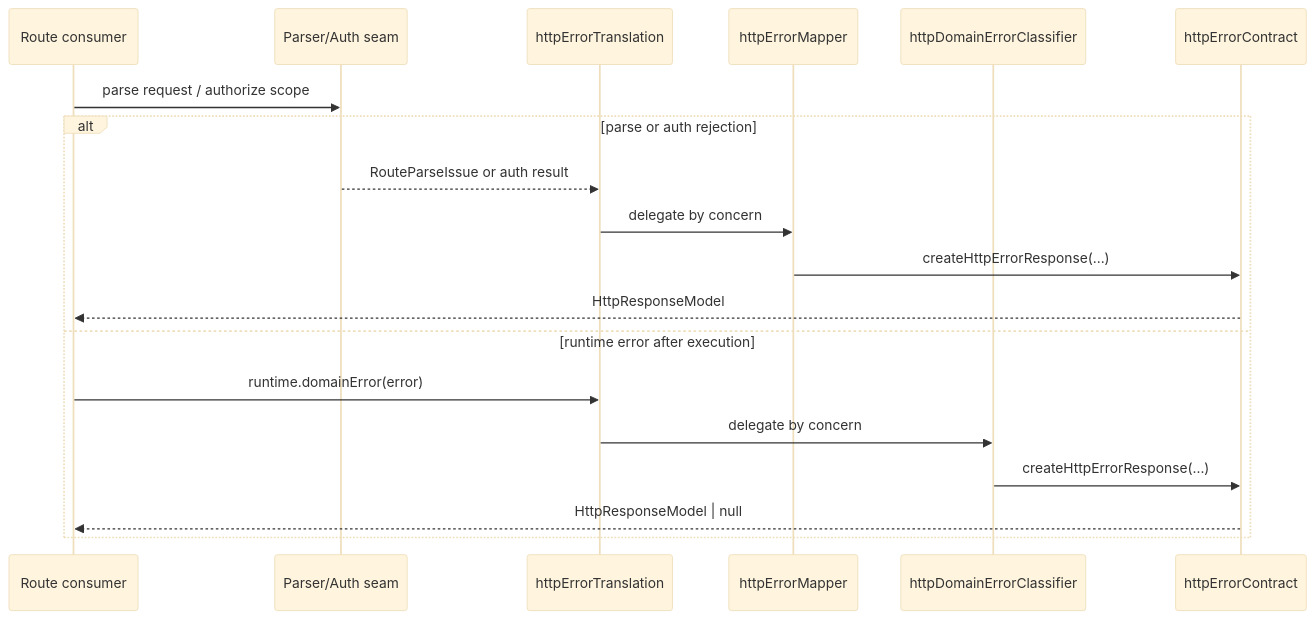
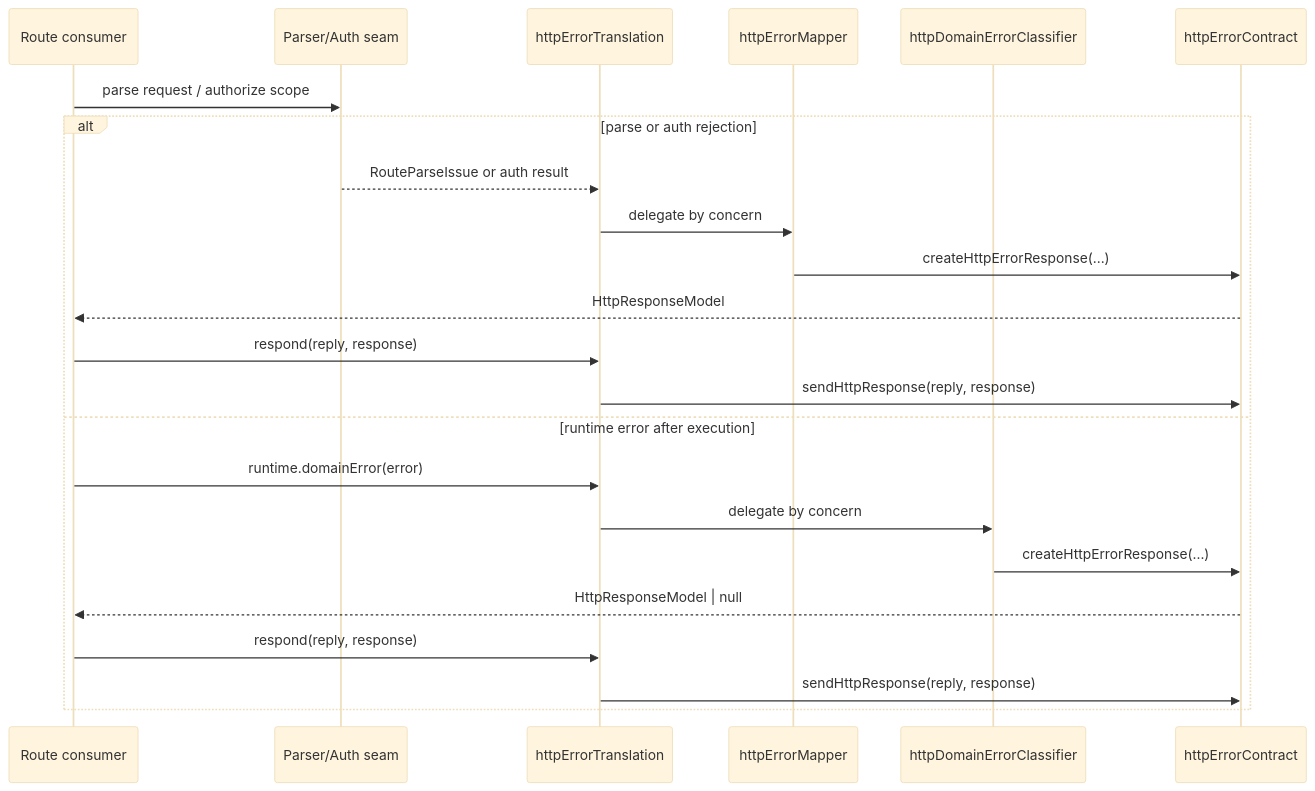
Before and after one commit to dunay2/dvt: the third of 3 diagrams in apps/api/docs/http-runtime-error-translation-component.md, drawn with Mermaid (base theme). The commit also changed other lines of this file and 14 other files, not shown here.

Commit message:
refactor(api): Converge HTTP error translation component seam

````diff
--- a/apps/api/docs/http-runtime-error-translation-component.md
+++ b/apps/api/docs/http-runtime-error-translation-component.md
@@ -110,22 +124,26 @@
 ```mermaid
 sequenceDiagram
   participant Route as Route consumer
   participant Parser as Parser/Auth seam
   participant Api as httpErrorTranslation
   participant Mapper as httpErrorMapper
   participant Classifier as httpDomainErrorClassifier
   participant Contract as httpErrorContract
 
   Route->>Parser: parse request / authorize scope
   alt parse or auth rejection
     Parser-->>Api: RouteParseIssue or auth result
     Api->>Mapper: delegate by concern
     Mapper->>Contract: createHttpErrorResponse(...)
     Contract-->>Route: HttpResponseModel
+    Route->>Api: respond(reply, response)
+    Api->>Contract: sendHttpResponse(reply, response)
   else runtime error after execution
     Route->>Api: runtime.domainError(error)
     Api->>Classifier: delegate by concern
     Classifier->>Contract: createHttpErrorResponse(...)
     Contract-->>Route: HttpResponseModel | null
+    Route->>Api: respond(reply, response)
+    Api->>Contract: sendHttpResponse(reply, response)
   end
 ```
````
